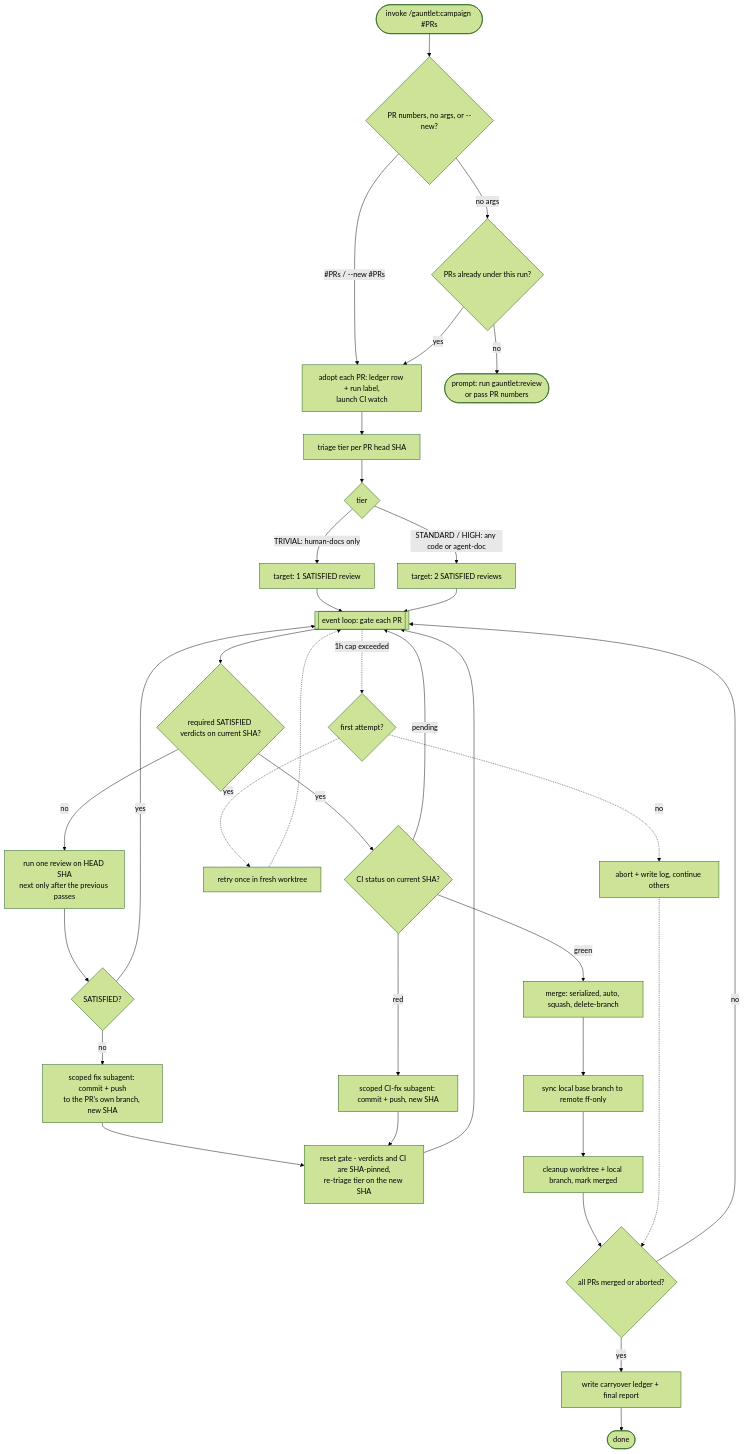
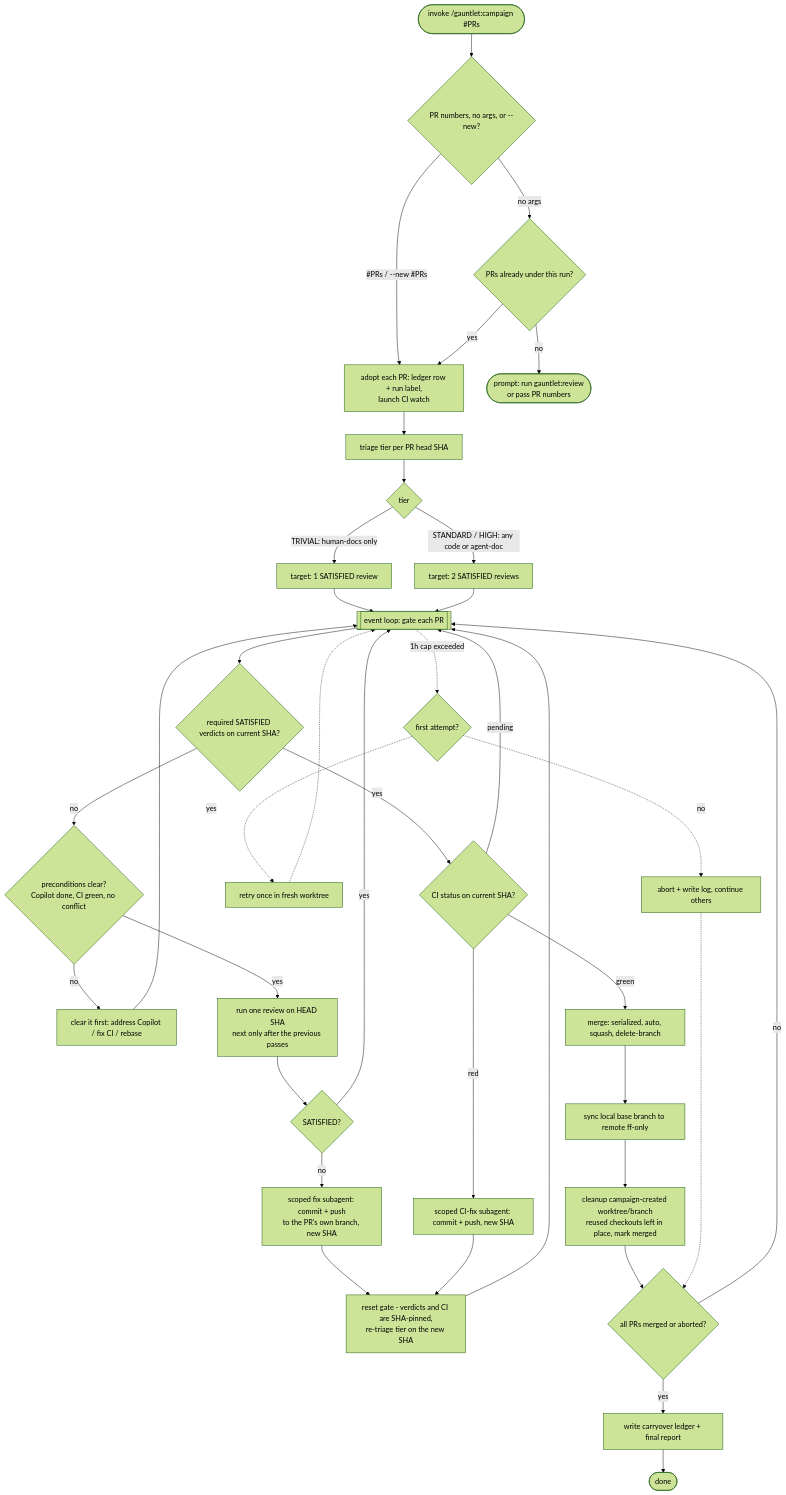
Before and after one commit to lestrrat-ai/claude-code-plugins: the diagram in plugins/gauntlet/skills/campaign/README.md, drawn with Mermaid (forest theme). The commit also changed other lines of this file and 1 other file, not shown here.

Commit message:
never reset local branch; fix readme flow/cleanup

````diff
--- a/plugins/gauntlet/skills/campaign/README.md
+++ b/plugins/gauntlet/skills/campaign/README.md
@@ -103,38 +105,40 @@
 ```mermaid
 flowchart TD
     A(["invoke /gauntlet:campaign #PRs"]) --> B{PR numbers, no args, or --new?}
     B -- "#PRs / --new #PRs" --> C[adopt each PR: ledger row + run label,<br/>launch CI watch]
     B -- "no args" --> D{PRs already under this run?}
     D -- yes --> C
     D -- no --> E([prompt: run gauntlet:review<br/>or pass PR numbers])
     C --> F[triage tier per PR head SHA]
     F --> G{tier}
     G -- "TRIVIAL: human-docs only" --> H[target: 1 SATISFIED review]
     G -- "STANDARD / HIGH: any code or agent-doc" --> I[target: 2 SATISFIED reviews]
     H --> M[[event loop: gate each PR]]
     I --> M
 
     M --> N{required SATISFIED verdicts on current SHA?}
-    N -- no --> O[run one review on HEAD SHA<br/>next only after the previous passes]
+    N -- no --> PC{preconditions clear?<br/>Copilot done, CI green, no conflict}
+    PC -- no --> PCF[clear it first: address Copilot / fix CI / rebase] --> M
+    PC -- yes --> O[run one review on HEAD SHA<br/>next only after the previous passes]
     O --> P{SATISFIED?}
     P -- no --> Q[scoped fix subagent: commit + push<br/>to the PR's own branch, new SHA]
     P -- yes --> M
     N -- yes --> R{CI status on current SHA?}
     R -- red --> S[scoped CI-fix subagent: commit + push, new SHA]
     R -- pending --> M
     Q --> T[reset gate - verdicts and CI are SHA-pinned,<br/>re-triage tier on the new SHA]
     S --> T
     T --> M
     R -- green --> U[merge: serialized, auto, squash, delete-branch]
     U --> U2[sync local base branch to remote ff-only]
-    U2 --> V[cleanup worktree + local branch, mark merged]
+    U2 --> V[cleanup campaign-created worktree/branch<br/>reused checkouts left in place, mark merged]
     V --> W{all PRs merged or aborted?}
     W -- no --> M
     W -- yes --> X[write carryover ledger + final report] --> X2([done])
 
     M -. 1h cap exceeded .-> Y{first attempt?}
     Y -. yes .-> Z[retry once in fresh worktree]
     Z -.-> M
     Y -. no .-> AA[abort + write log, continue others]
     AA -.-> W
 ```
````
